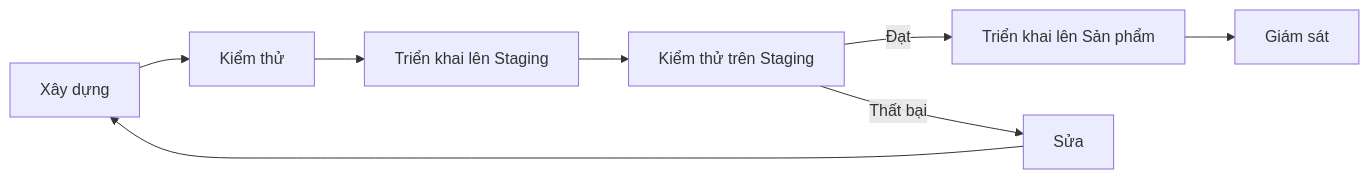
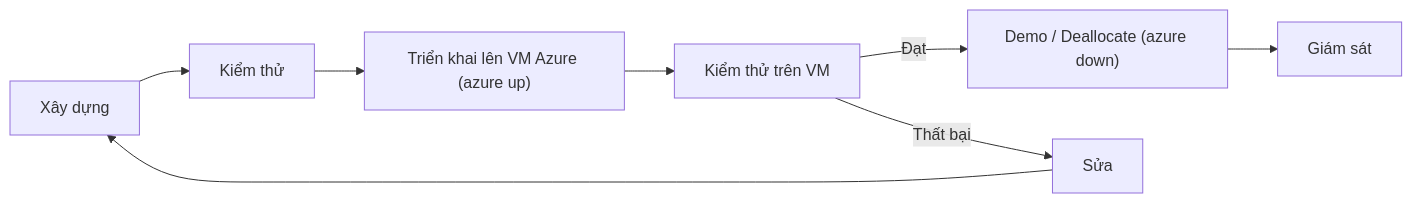
One commit to dut-pbl6-2026/job-platform-docs changed the eighth of 11 diagrams in docs/srs/vi/8-system-architecture.vi.md. Above: the diagram before and after it, drawn with Mermaid. The commit also changed other lines of this file and 20 other files, not shown here.

First line of the commit message:
docs(srs): sync Azure deploy target, health/logging, RBAC, CI (PBL6-44/49/50/51) (#9)

````diff
--- a/docs/srs/vi/8-system-architecture.vi.md
+++ b/docs/srs/vi/8-system-architecture.vi.md
@@ -410,10 +408,10 @@
 ```mermaid
 flowchart LR
     Build["Xây dựng"] --> Test["Kiểm thử"]
-    Test --> DeployStaging["Triển khai lên Staging"]
-    DeployStaging --> TestStaging["Kiểm thử trên Staging"]
-    TestStaging -->|Đạt| DeployProd["Triển khai lên Sản phẩm"]
+    Test --> DeployStaging["Triển khai lên VM Azure (azure up)"]
+    DeployStaging --> TestStaging["Kiểm thử trên VM"]
+    TestStaging -->|Đạt| DeployProd["Demo / Deallocate (azure down)"]
     DeployProd --> Monitor["Giám sát"]
     TestStaging -->|Thất bại| Fix["Sửa"]
     Fix --> Build
 ```
````
